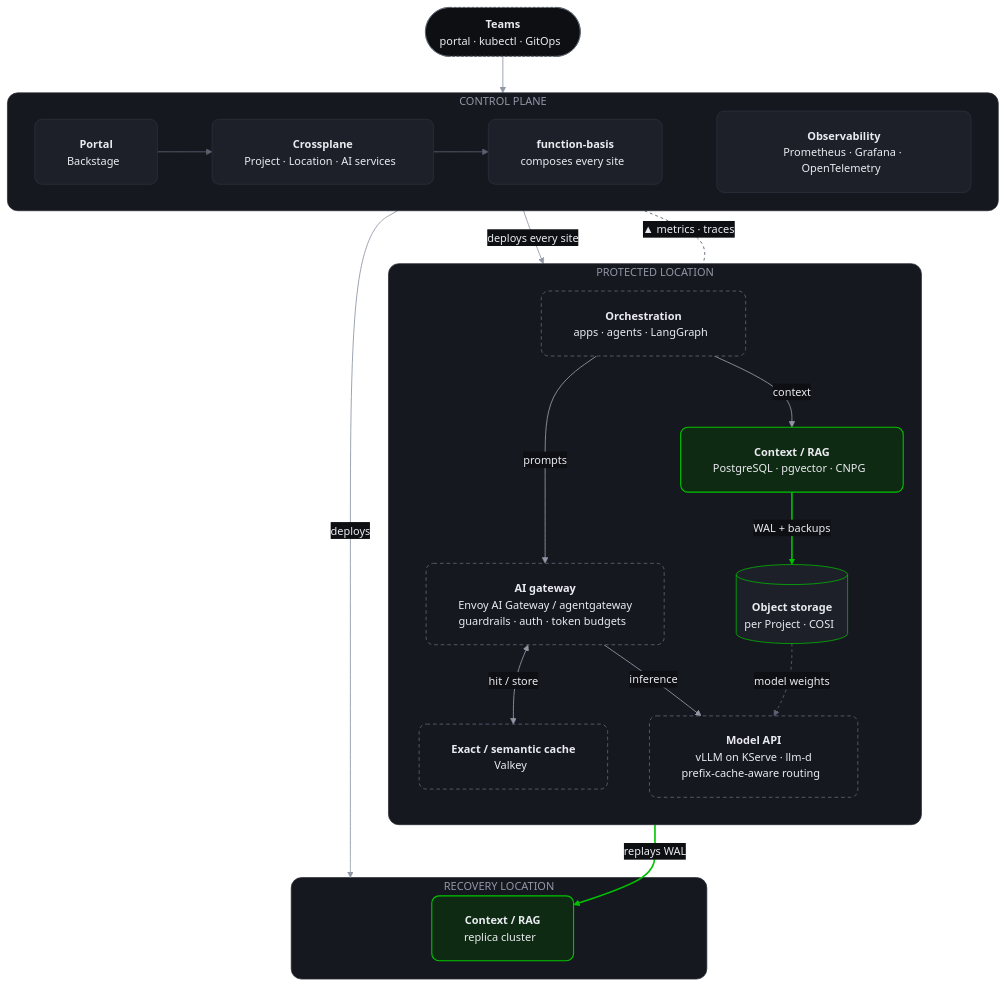
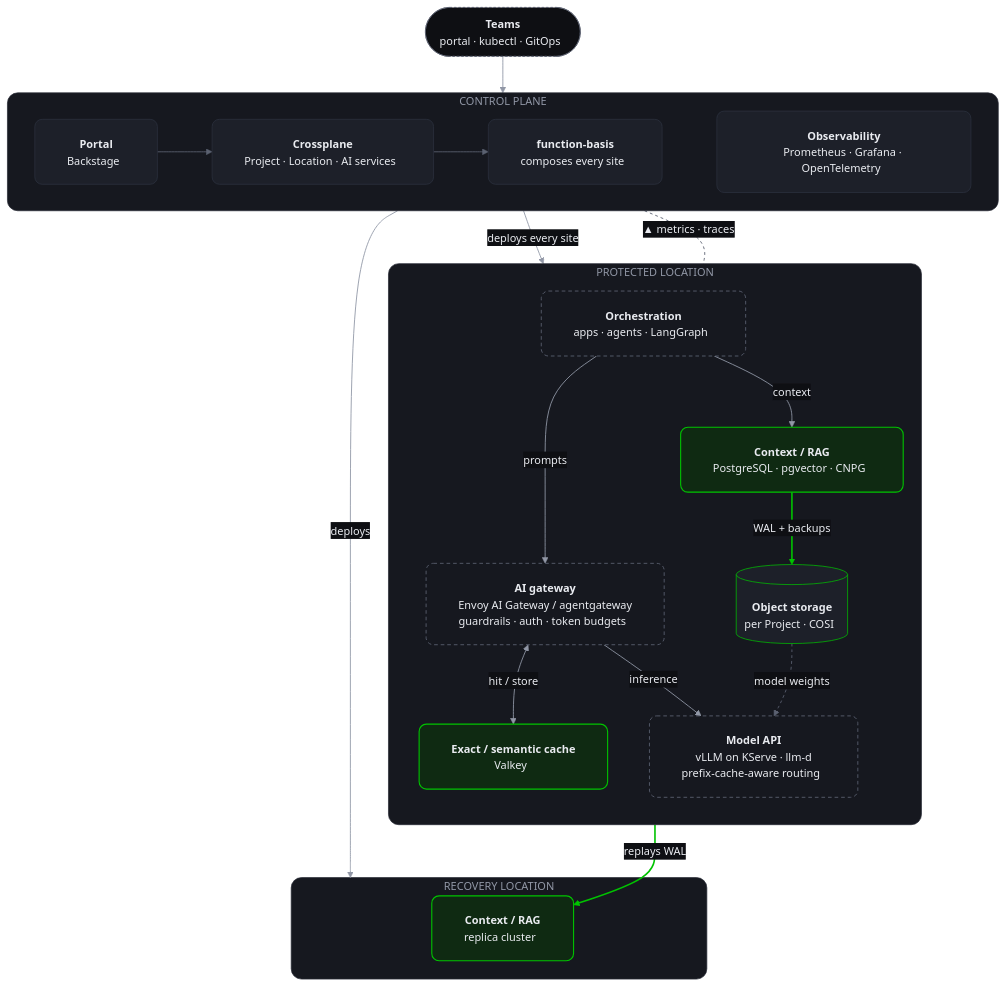
One commit to bartvanbenthem/basis-ai changed the diagram in portal/catalog/docs/diagrams/architecture.mmd. Above: the diagram before and after it, drawn with Mermaid. The commit also changed 11 other files, not shown here.

```diff
--- a/portal/catalog/docs/diagrams/architecture.mmd
+++ b/portal/catalog/docs/diagrams/architecture.mmd
@@ -1,80 +1,80 @@
 %%{init: {
   "theme": "base",
   "themeVariables": {
     "fontFamily": "DejaVu Sans, Verdana, sans-serif",
     "fontSize": "15px",
     "background": "#0e0f13",
     "primaryColor": "#1d2029",
     "primaryTextColor": "#e9ebf0",
     "primaryBorderColor": "#2d3240",
     "secondaryColor": "#16181f",
     "tertiaryColor": "#16181f",
     "lineColor": "#5b6170",
     "textColor": "#9197a6",
     "clusterBkg": "#16181f",
     "clusterBorder": "#272a35",
     "titleColor": "#9197a6",
     "edgeLabelBackground": "#0e0f13"
   },
   "flowchart": { "curve": "basis", "padding": 22, "nodeSpacing": 30, "rankSpacing": 50, "diagramPadding": 28, "htmlLabels": true, "wrappingWidth": 260 }
 }}%%
 flowchart TB
   team(["<b>Teams</b><br/><span style='color:#9197a6'>portal · kubectl · GitOps&nbsp;&nbsp;</span>"])
 
   subgraph cp["CONTROL PLANE"]
     direction LR
     portal["<b>Portal</b><br/><span style='color:#9197a6'>Backstage&nbsp;&nbsp;</span>"]
     xr["<b>Crossplane</b><br/><span style='color:#9197a6'>Project · Location · AI services&nbsp;&nbsp;</span>"]
     fn["<b>function-basis</b><br/><span style='color:#9197a6'>composes every site&nbsp;&nbsp;</span>"]
     obs["<b>Observability</b><br/><span style='color:#9197a6'>Prometheus · Grafana · OpenTelemetry&nbsp;&nbsp;</span>"]
     portal --> xr --> fn
     fn ~~~ obs
   end
 
   subgraph prot["PROTECTED LOCATION"]
     direction TB
     app["<b>Orchestration</b><br/><span style='color:#9197a6'>apps · agents · LangGraph&nbsp;&nbsp;</span>"]
     gw["<b>AI gateway</b><br/><span style='color:#9197a6'>Envoy AI Gateway / agentgateway<br/>guardrails · auth · token budgets&nbsp;&nbsp;</span>"]
     cache["<b>Exact / semantic cache</b><br/><span style='color:#9197a6'>Valkey&nbsp;&nbsp;</span>"]
     models["<b>Model API</b><br/><span style='color:#9197a6'>vLLM on KServe · llm-d<br/>prefix-cache-aware routing&nbsp;&nbsp;</span>"]
     rag["<b>Context / RAG</b><br/><span style='color:#9197a6'>PostgreSQL · pgvector · CNPG&nbsp;&nbsp;</span>"]
     bucket[("<b>Object storage</b><br/><span style='color:#9197a6'>per Project · COSI&nbsp;&nbsp;</span>")]
     app -- "prompts" --> gw
     gw <-- "hit / store" --> cache
     gw -- "inference" --> models
     app -- "context" --> rag
     rag == "WAL + backups" ==> bucket
     bucket -. "model weights" .-> models
   end
 
   subgraph rec["RECOVERY LOCATION"]
     pg2["<b>Context / RAG</b><br/><span style='color:#9197a6'>replica cluster&nbsp;&nbsp;</span>"]
   end
 
   team --> cp
   cp -- "deploys every site" --> prot
   cp -- "deploys" --> rec
   bucket == "replays WAL" ==> pg2
   cp <-.-|"▲ metrics · traces"| prot
 
   classDef node fill:#1d2029,stroke:#2d3240,stroke-width:1px,color:#e9ebf0,rx:10,ry:10
   classDef live fill:#0f2a12,stroke:#00c300,stroke-width:1.5px,color:#e9ebf0,rx:10,ry:10
   classDef store fill:#1d2029,stroke:#00c300,stroke-width:1px,color:#e9ebf0
   classDef planned fill:#16181f,stroke:#5b6170,stroke-width:1.2px,color:#e9ebf0,stroke-dasharray:5 4,rx:10,ry:10
   classDef actor fill:#0e0f13,stroke:#5b6170,stroke-width:1px,color:#e9ebf0,stroke-dasharray:3 3
   class portal,xr,fn,obs node
-  class rag,pg2 live
+  class rag,pg2,cache live
   class bucket store
-  class app,gw,cache,models planned
+  class app,gw,models planned
   class team actor
 
   style cp fill:#16181f,stroke:#272a35,stroke-width:1px,color:#9197a6,rx:14,ry:14
   style prot fill:#16181f,stroke:#272a35,stroke-width:1px,color:#9197a6,rx:14,ry:14
   style rec fill:#16181f,stroke:#272a35,stroke-width:1px,color:#9197a6,rx:14,ry:14
 
   linkStyle 0,1 stroke:#5b6170,stroke-width:1.2px
   linkStyle 3,4,5,6 stroke:#9197a6,stroke-width:1.2px
   linkStyle 7,12 stroke:#00c300,stroke-width:2.2px
   linkStyle 8 stroke:#5b6170,stroke-width:1.2px,stroke-dasharray:4 4
   linkStyle 9,10,11 stroke:#9197a6,stroke-width:1.2px
   linkStyle 13 stroke:#5b6170,stroke-width:1.2px,stroke-dasharray:4 4
```
